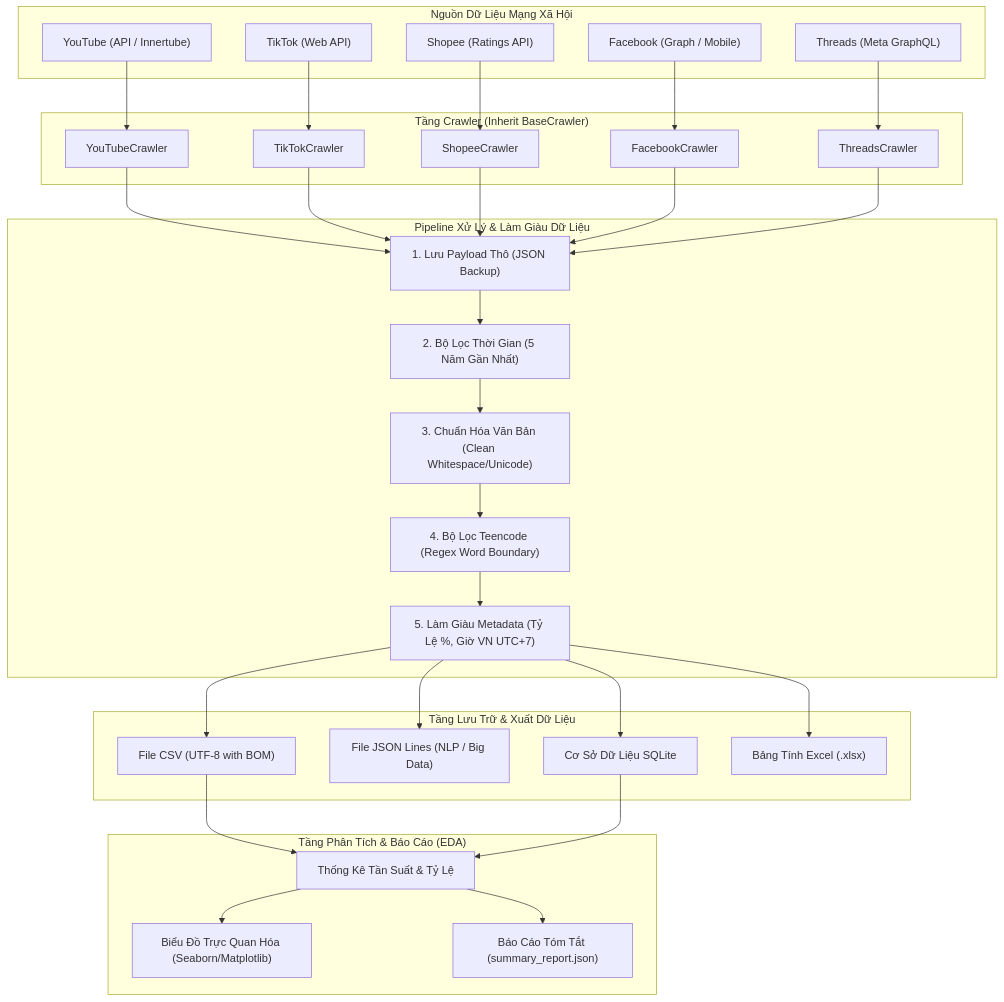
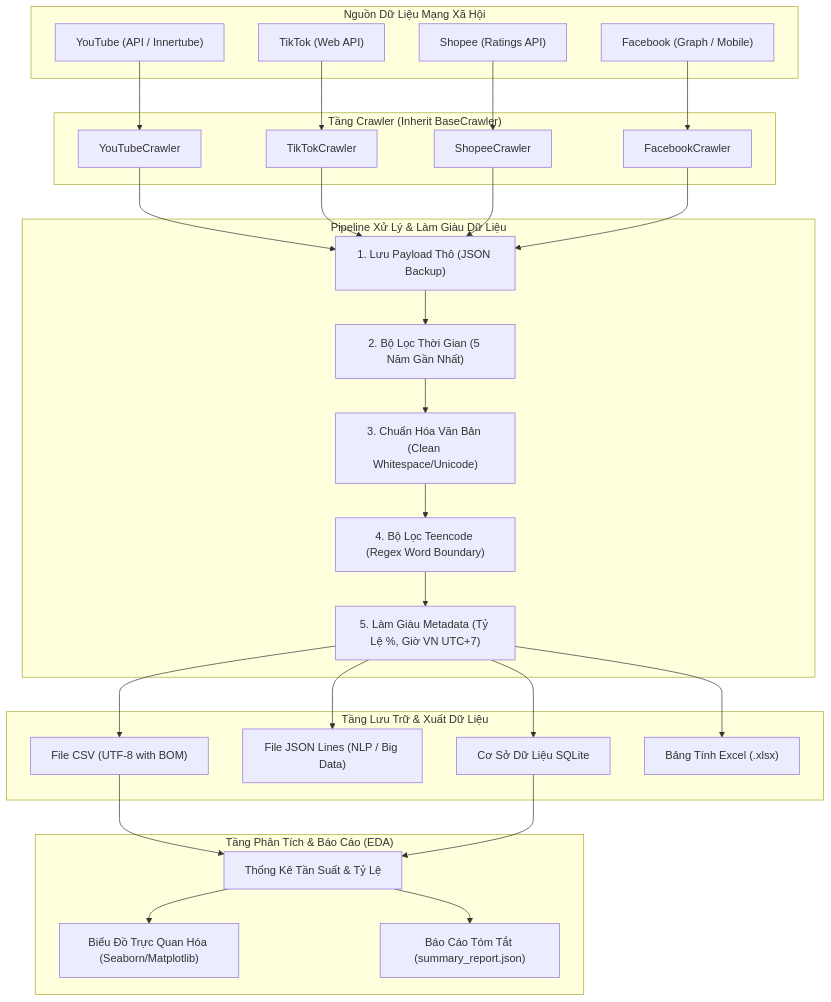
The diagram in docs/ARCHITECTURE.md (AuNguyen365/Nhiem_vu_18), drawn with Mermaid before and after one commit. The commit also changed 8 other files, not shown here.

````diff
--- a/docs/ARCHITECTURE.md
+++ b/docs/ARCHITECTURE.md
@@ -11,55 +11,52 @@
 ```mermaid
 flowchart TD
     subgraph Sources ["Nguồn Dữ Liệu Mạng Xã Hội"]
         YT["YouTube (API / Innertube)"]
         TT["TikTok (Web API)"]
         SP["Shopee (Ratings API)"]
         FB["Facebook (Graph / Mobile)"]
-        TH["Threads (Meta GraphQL)"]
     end
 
     subgraph Crawlers ["Tầng Crawler (Inherit BaseCrawler)"]
         C_YT["YouTubeCrawler"]
         C_TT["TikTokCrawler"]
         C_SP["ShopeeCrawler"]
         C_FB["FacebookCrawler"]
-        C_TH["ThreadsCrawler"]
     end
 
     subgraph Pipeline ["Pipeline Xử Lý & Làm Giàu Dữ Liệu"]
         RAW_SAVE["1. Lưu Payload Thô (JSON Backup)"]
         TIME_FILTER["2. Bộ Lọc Thời Gian (5 Năm Gần Nhất)"]
         NORM["3. Chuẩn Hóa Văn Bản (Clean Whitespace/Unicode)"]
         TEEN_FILTER["4. Bộ Lọc Teencode (Regex Word Boundary)"]
         ENRICH["5. Làm Giàu Metadata (Tỷ Lệ %, Giờ VN UTC+7)"]
     end
 
     subgraph Storage ["Tầng Lưu Trữ & Xuất Dữ Liệu"]
         CSV_OUT["File CSV (UTF-8 with BOM)"]
         JSONL_OUT["File JSON Lines (NLP / Big Data)"]
         SQLITE_OUT["Cơ Sở Dữ Liệu SQLite"]
         EXCEL_OUT["Bảng Tính Excel (.xlsx)"]
     end
 
     subgraph Analytics ["Tầng Phân Tích & Báo Cáo (EDA)"]
         STATS["Thống Kê Tần Suất & Tỷ Lệ"]
         CHARTS["Biểu Đồ Trực Quan Hóa (Seaborn/Matplotlib)"]
         JSON_REPORT["Báo Cáo Tóm Tắt (summary_report.json)"]
     end
 
     YT --> C_YT
     TT --> C_TT
     SP --> C_SP
     FB --> C_FB
-    TH --> C_TH
 
-    C_YT & C_TT & C_SP & C_FB & C_TH --> RAW_SAVE
+    C_YT & C_TT & C_SP & C_FB --> RAW_SAVE
     RAW_SAVE --> TIME_FILTER
     TIME_FILTER --> NORM
     NORM --> TEEN_FILTER
     TEEN_FILTER --> ENRICH
 
     ENRICH --> CSV_OUT & JSONL_OUT & SQLITE_OUT & EXCEL_OUT
     CSV_OUT & SQLITE_OUT --> STATS
     STATS --> CHARTS & JSON_REPORT
 ```
````
